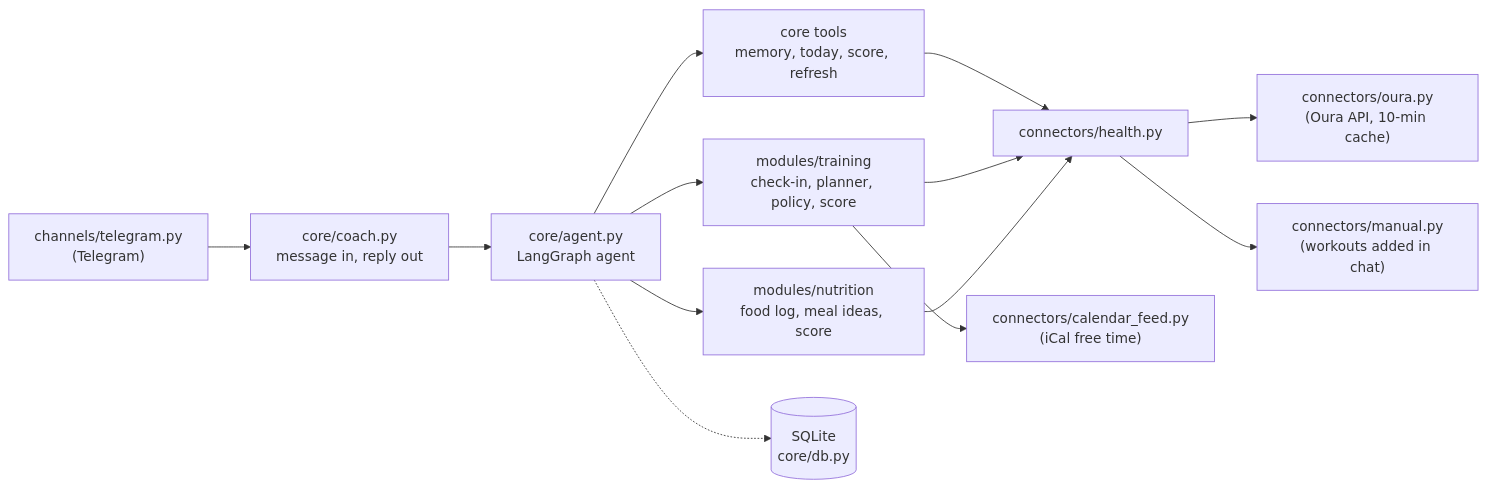
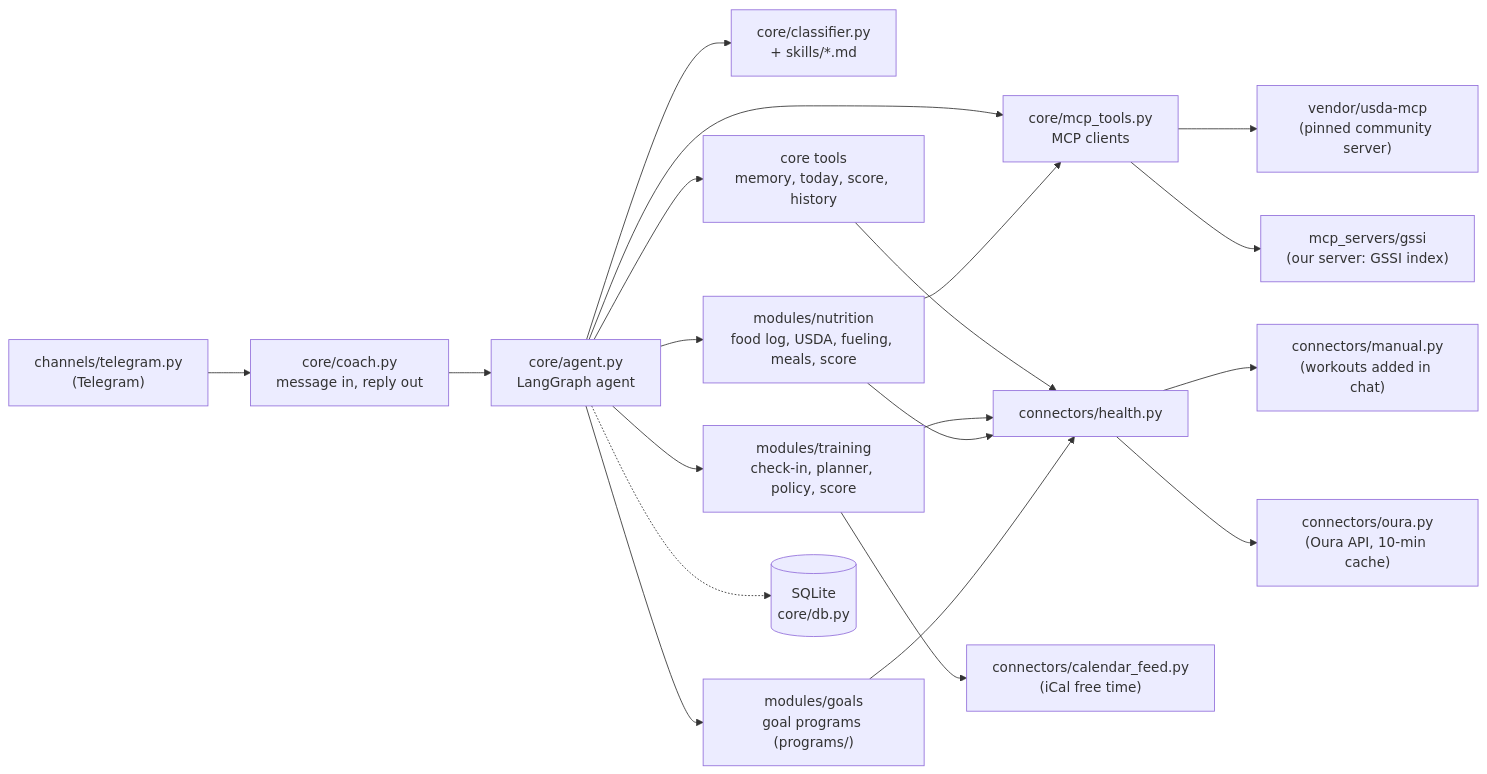
One commit to sakethss98/oura-coach changed the diagram in README.md. Above: the diagram before and after it, drawn with Mermaid. The commit also changed other lines of this file and 10 other files, not shown here.

````diff
--- a/README.md
+++ b/README.md
@@ -17,15 +18,22 @@
 ```mermaid
 flowchart LR
     TG["channels/telegram.py<br/>(Telegram)"] --> COACH["core/coach.py<br/>message in, reply out"]
     COACH --> AGENT["core/agent.py<br/>LangGraph agent"]
-    AGENT --> CORE_TOOLS["core tools<br/>memory, today, score, refresh"]
+    AGENT --> CLS["core/classifier.py<br/>+ skills/*.md"]
+    AGENT --> CORE_TOOLS["core tools<br/>memory, today, score, history"]
     AGENT --> TRAIN["modules/training<br/>check-in, planner, policy, score"]
-    AGENT --> NUTR["modules/nutrition<br/>food log, meal ideas, score"]
+    AGENT --> NUTR["modules/nutrition<br/>food log, USDA, fueling, meals, score"]
+    AGENT --> GOALS["modules/goals<br/>goal programs (programs/)"]
+    AGENT --> MCP["core/mcp_tools.py<br/>MCP clients"]
+    MCP --> GSSI["mcp_servers/gssi<br/>(our server: GSSI index)"]
+    NUTR --> MCP
+    MCP --> USDA["vendor/usda-mcp<br/>(pinned community server)"]
     CORE_TOOLS --> HEALTH["connectors/health.py"]
     TRAIN --> HEALTH
     NUTR --> HEALTH
+    GOALS --> HEALTH
     HEALTH --> OURA["connectors/oura.py<br/>(Oura API, 10-min cache)"]
     HEALTH --> MANUAL["connectors/manual.py<br/>(workouts added in chat)"]
     TRAIN --> CAL["connectors/calendar_feed.py<br/>(iCal free time)"]
     AGENT -.-> DB[("SQLite<br/>core/db.py")]
 ```
````
